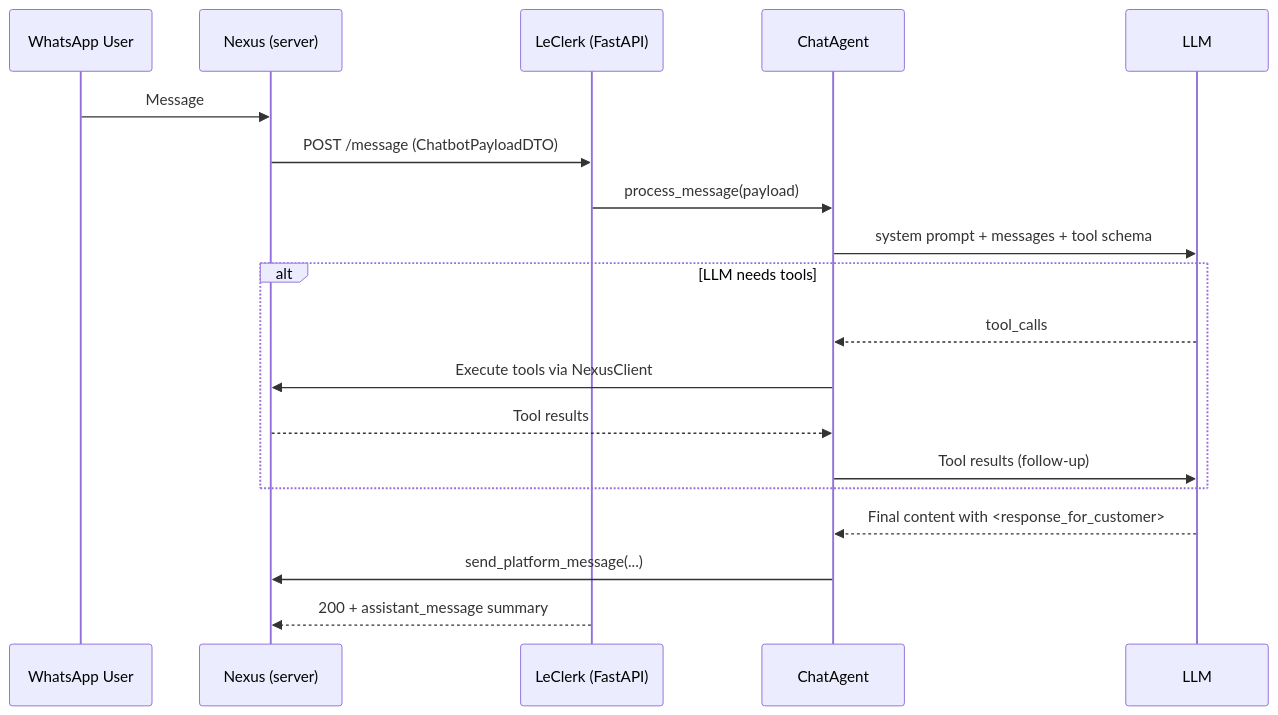
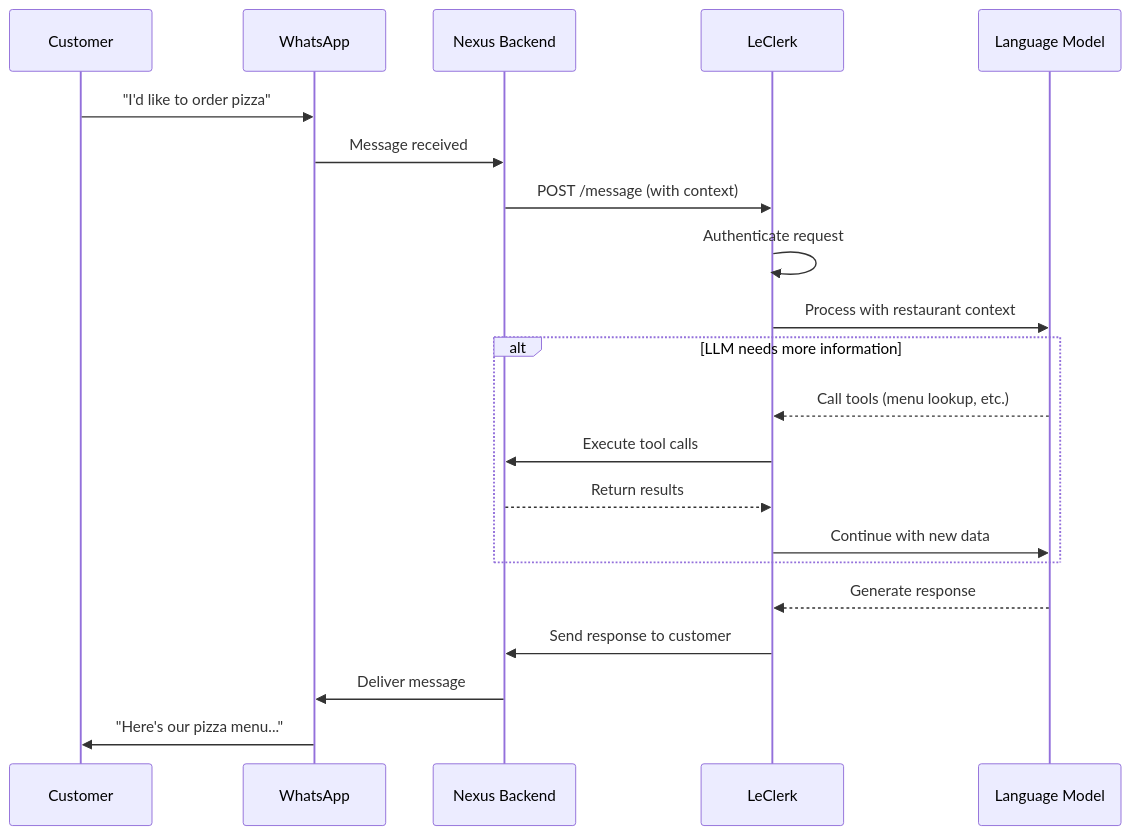
The second of 4 diagrams in working-with-the-chatbot/leclerk-architecture.mdx (chataigne-ai/docs), drawn with Mermaid before and after one commit. The commit also changed other lines of this file and 8 other files, not shown here.

````diff
--- a/working-with-the-chatbot/leclerk-architecture.mdx
+++ b/working-with-the-chatbot/leclerk-architecture.mdx
@@ -67,22 +128,24 @@
 ```mermaid
 sequenceDiagram
-  participant WA as WhatsApp User
-  participant NX as Nexus (server)
-  participant LC as LeClerk (FastAPI)
-  participant AG as ChatAgent
-  participant LLM as LLM
+ participant Customer as Customer
+ participant WhatsApp as WhatsApp
+ participant Nexus as Nexus Backend
+ participant LeClerk as LeClerk
+ participant LLM as Language Model
 
-  WA->>NX: Message
-  NX->>LC: POST /message (ChatbotPayloadDTO)
-  LC->>AG: process_message(payload)
-  AG->>LLM: system prompt + messages + tool schema
-  alt LLM needs tools
-    LLM-->>AG: tool_calls
-    AG->>NX: Execute tools via NexusClient
-    NX-->>AG: Tool results
-    AG->>LLM: Tool results (follow-up)
-  end
-  LLM-->>AG: Final content with <response_for_customer>
-  AG->>NX: send_platform_message(...)
-  LC-->>NX: 200 + assistant_message summary
+ Customer->>WhatsApp: "I'd like to order pizza"
+ WhatsApp->>Nexus: Message received
+ Nexus->>LeClerk: POST /message (with context)
+ LeClerk->>LeClerk: Authenticate request
+ LeClerk->>LLM: Process with restaurant context
+ alt LLM needs more information
+   LLM-->>LeClerk: Call tools (menu lookup, etc.)
+   LeClerk->>Nexus: Execute tool calls
+   Nexus-->>LeClerk: Return results
+   LeClerk->>LLM: Continue with new data
+ end
+ LLM-->>LeClerk: Generate response
+ LeClerk->>Nexus: Send response to customer
+ Nexus->>WhatsApp: Deliver message
+ WhatsApp->>Customer: "Here's our pizza menu..."
 ```
````
